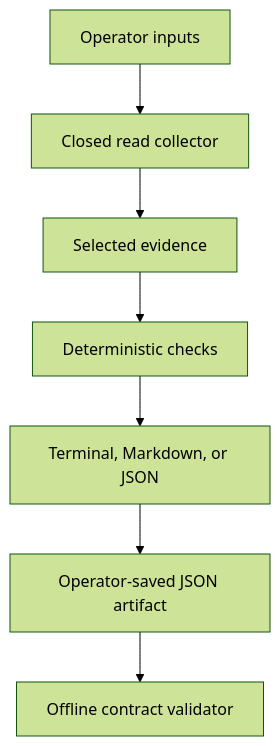
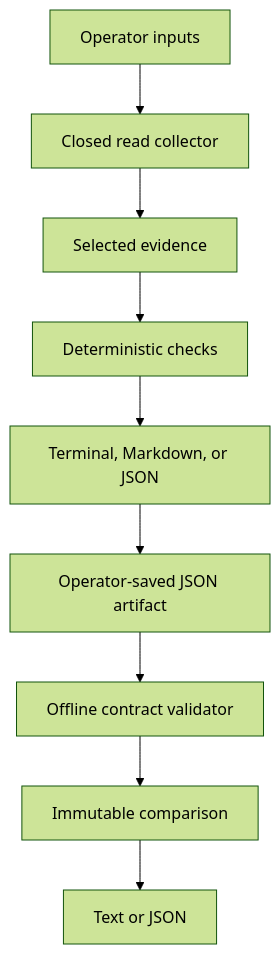
One commit to wmstipes/The-Foundry-Initiative changed the second of 2 diagrams in docs/architecture.md. Above: the diagram before and after it, drawn with Mermaid (forest theme). The commit also changed other lines of this file and 13 other files, not shown here.

Commit message:
Add deterministic ForgeOps comparison JSON

````diff
--- a/docs/architecture.md
+++ b/docs/architecture.md
@@ -153,9 +153,11 @@
 ```mermaid
 flowchart TD
     Operator["Operator inputs"] --> Collector["Closed read collector"]
     Collector --> Normalize["Selected evidence"]
     Normalize --> Evaluate["Deterministic checks"]
     Evaluate --> Render["Terminal, Markdown, or JSON"]
     Render --> Artifact["Operator-saved JSON artifact"]
     Artifact --> Validator["Offline contract validator"]
+    Validator --> Compare["Immutable comparison"]
+    Compare --> CompareJSON["Text or JSON"]
 ```
````
